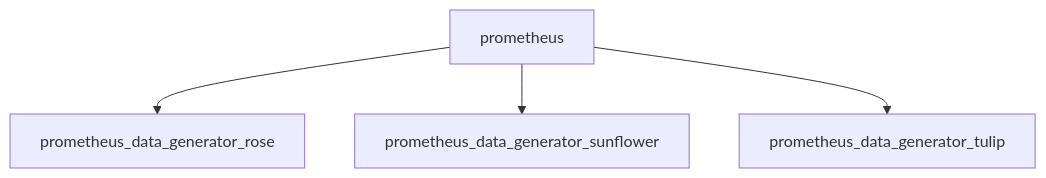
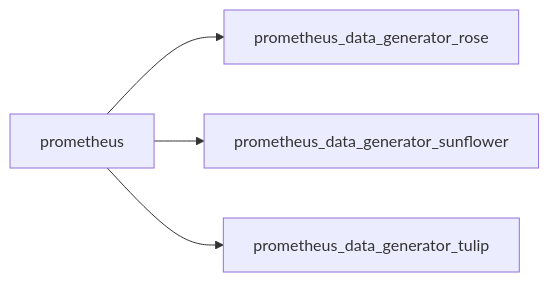
One commit to danielwohlgemuth/experiments changed the diagram in 2025/prometheus/README.md. Above: the diagram before and after it, drawn with Mermaid. The commit also changed other lines of this file and 8 other files, not shown here.

````diff
--- a/2025/prometheus/README.md
+++ b/2025/prometheus/README.md
@@ -19,6 +19,6 @@
 ```mermaid
-graph TB
+graph LR
     prometheus --> prometheus_data_generator_rose
     prometheus --> prometheus_data_generator_sunflower
     prometheus --> prometheus_data_generator_tulip
 ```
````
